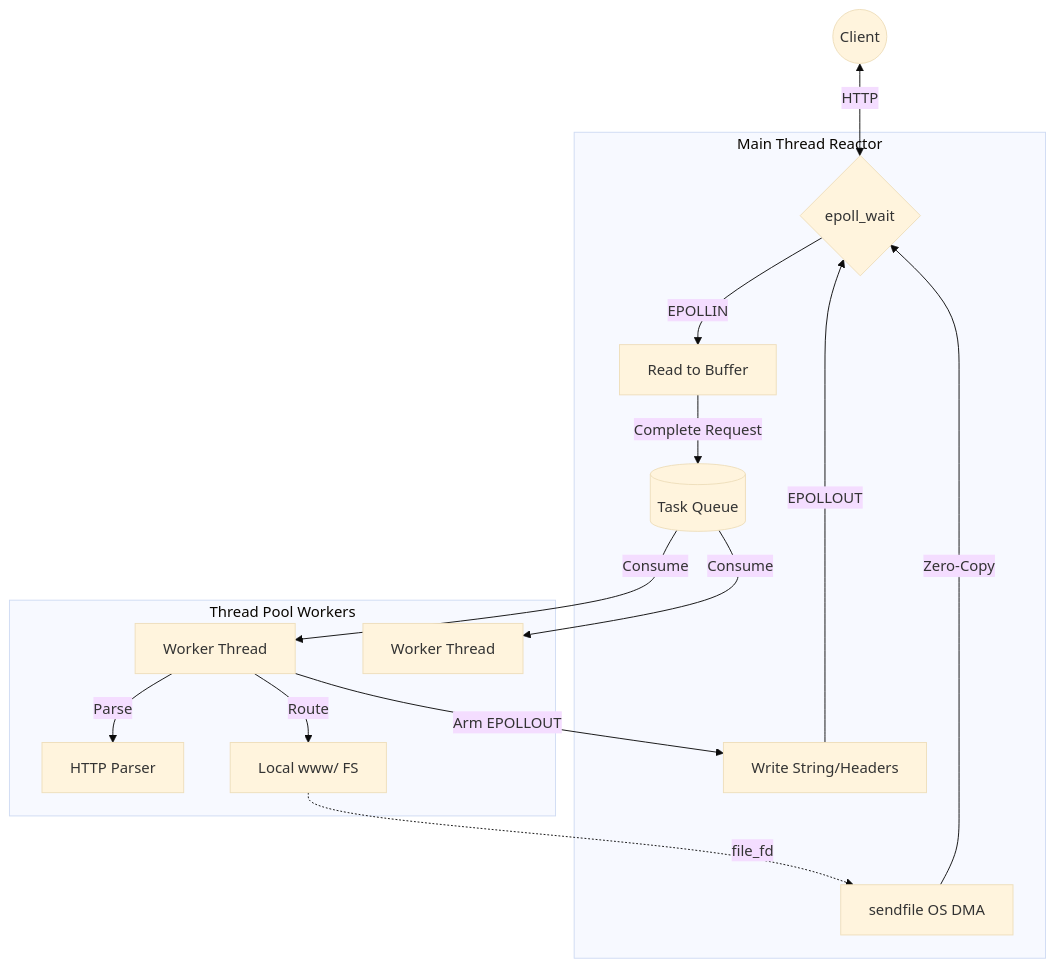
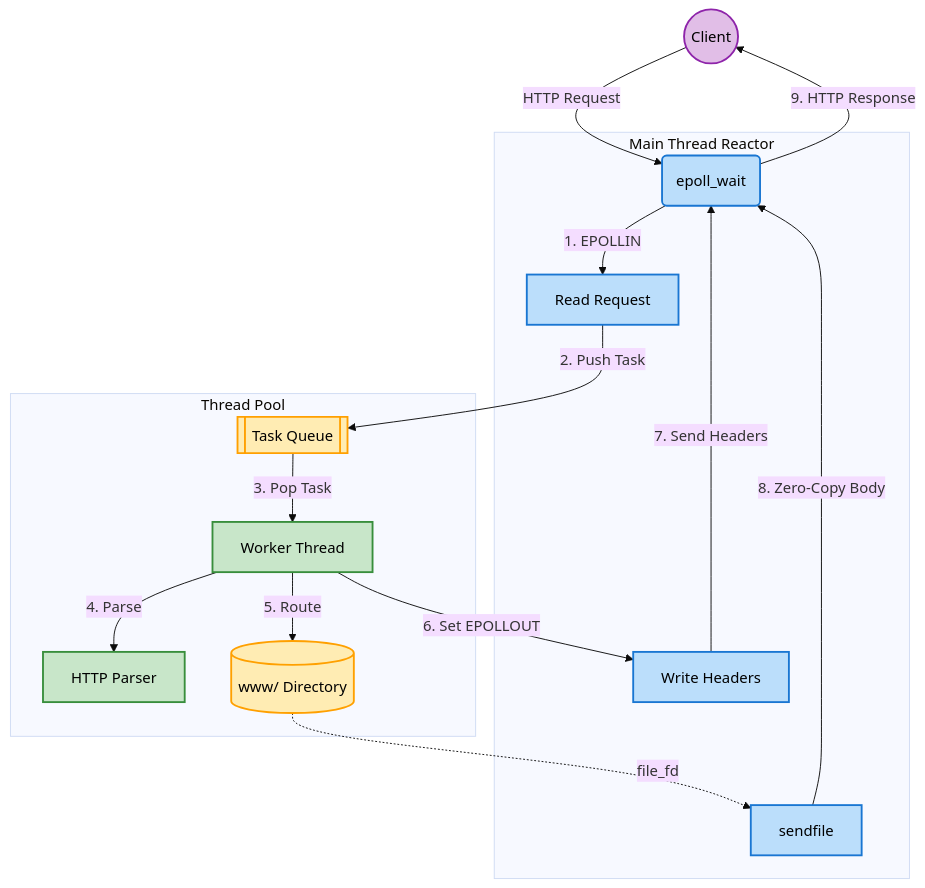
The diagram in docs/architecture.md (anuragmakhan/HighPerformanceHttpServer), drawn with Mermaid (base theme) before and after one commit. The commit also changed 1 other file, not shown here.

Commit message:
Fixed Github Webview Alignment

````diff
--- a/docs/architecture.md
+++ b/docs/architecture.md
@@ -8,22 +8,40 @@
 ```mermaid
 graph TD
-    Client((Client)) <-->|HTTP| Epoll{epoll_wait}
+    classDef client fill:#e1bee7,stroke:#8e24aa,stroke-width:2px,color:#000;
+    classDef core fill:#bbdefb,stroke:#1976d2,stroke-width:2px,color:#000;
+    classDef worker fill:#c8e6c9,stroke:#388e3c,stroke-width:2px,color:#000;
+    classDef data fill:#ffecb3,stroke:#ffa000,stroke-width:2px,color:#000;
+
+    Client((Client)):::client
     
-    subgraph Main Thread Reactor
-        Epoll -->|EPOLLIN| ReadBuffer[Read to Buffer]
-        ReadBuffer -->|Complete Request| Queue[(Task Queue)]
-        WriteBuffer[Write String/Headers] -->|EPOLLOUT| Epoll
-        SendFile[sendfile OS DMA] -->|Zero-Copy| Epoll
+    subgraph Reactor [Main Thread Reactor]
+        Epoll(epoll_wait):::core
+        Read[Read Request]:::core
+        Write[Write Headers]:::core
+        DMA[sendfile]:::core
     end
     
-    subgraph Thread Pool Workers
-        Queue -->|Consume| Worker1[Worker Thread]
-        Queue -->|Consume| Worker2[Worker Thread]
-        
-        Worker1 -->|Parse| HttpParser[HTTP Parser]
-        Worker1 -->|Route| FileSystem[Local www/ FS]
-        Worker1 -->|Arm EPOLLOUT| WriteBuffer
+    subgraph Workers [Thread Pool]
+        Queue[[Task Queue]]:::data
+        Worker[Worker Thread]:::worker
+        Parser[HTTP Parser]:::worker
+        FS[(www/ Directory)]:::data
     end
+
+    Client -->|HTTP Request| Epoll
     
-    FileSystem -.->|file_fd| SendFile
+    Epoll -->|1. EPOLLIN| Read
+    Read -->|2. Push Task| Queue
+    Queue -->|3. Pop Task| Worker
+    
+    Worker -->|4. Parse| Parser
+    Worker -->|5. Route| FS
+    Worker -->|6. Set EPOLLOUT| Write
+    
+    FS -.->|file_fd| DMA
+    
+    Write -->|7. Send Headers| Epoll
+    DMA -->|8. Zero-Copy Body| Epoll
+    
+    Epoll -->|9. HTTP Response| Client
 ```
````
